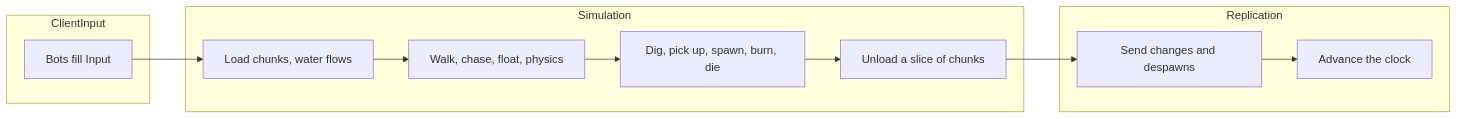
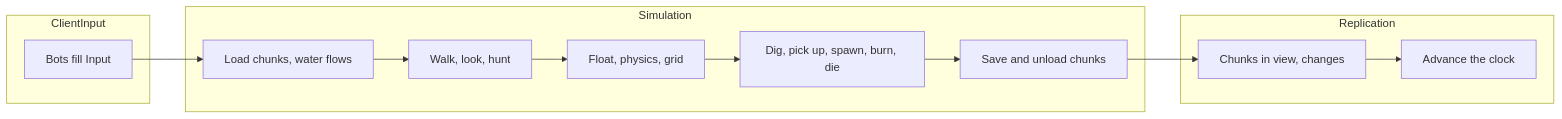
One commit to JasonXuDeveloper/EasyEcs changed the diagram in docs/content/samples/voxel-server.mdx. Above: the diagram before and after it, drawn with Mermaid. The commit also changed other lines of this file and 5 other files, not shown here.

````diff
--- a/docs/content/samples/voxel-server.mdx
+++ b/docs/content/samples/voxel-server.mdx
@@ -64,16 +64,17 @@
 ```mermaid
 flowchart LR
   subgraph ClientInput
     input[Bots fill Input]
   end
   subgraph Simulation
-    world[Load chunks, water flows] --> move[Walk, chase, float, physics]
+    world[Load chunks, water flows] --> sight[Walk, look, hunt]
+    sight --> move[Float, physics, grid]
     move --> rules[Dig, pick up, spawn, burn, die]
-    rules --> unload[Unload a slice of chunks]
+    rules --> unload[Save and unload chunks]
   end
   subgraph Replication
-    send[Send changes and despawns] --> clock[Advance the clock]
+    send[Chunks in view, changes] --> clock[Advance the clock]
   end
   input --> world
   unload --> send
 ```
````
